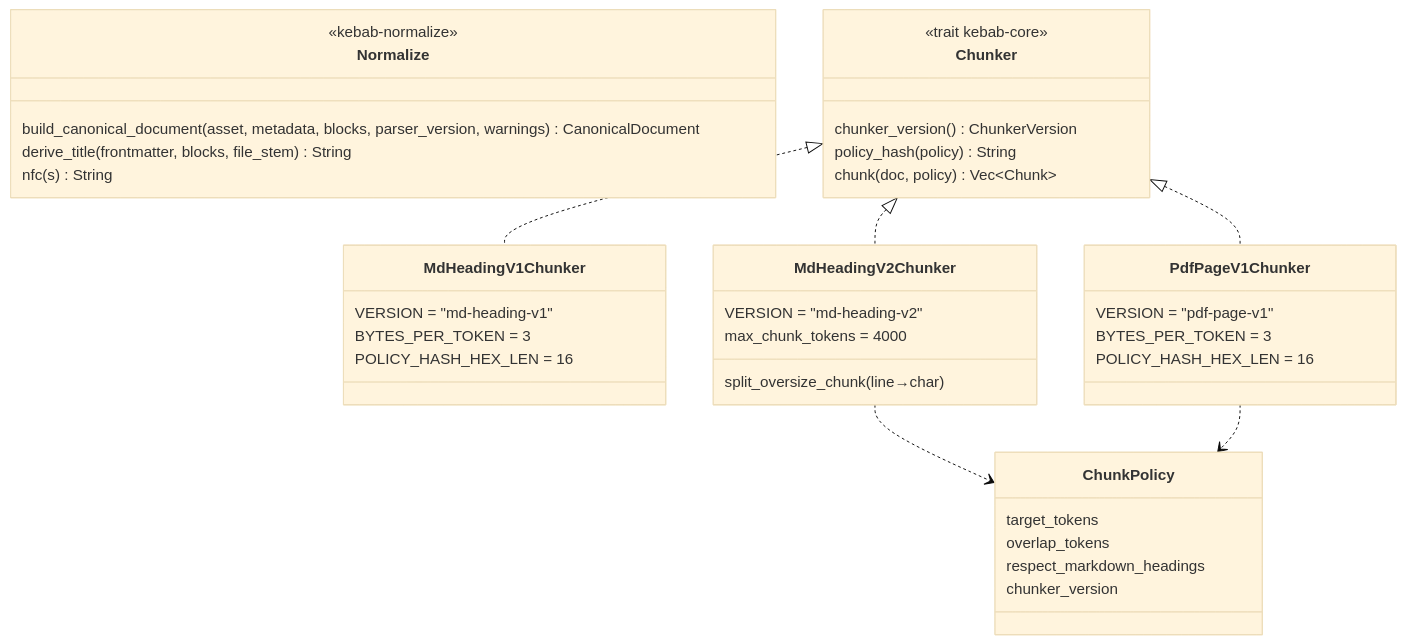
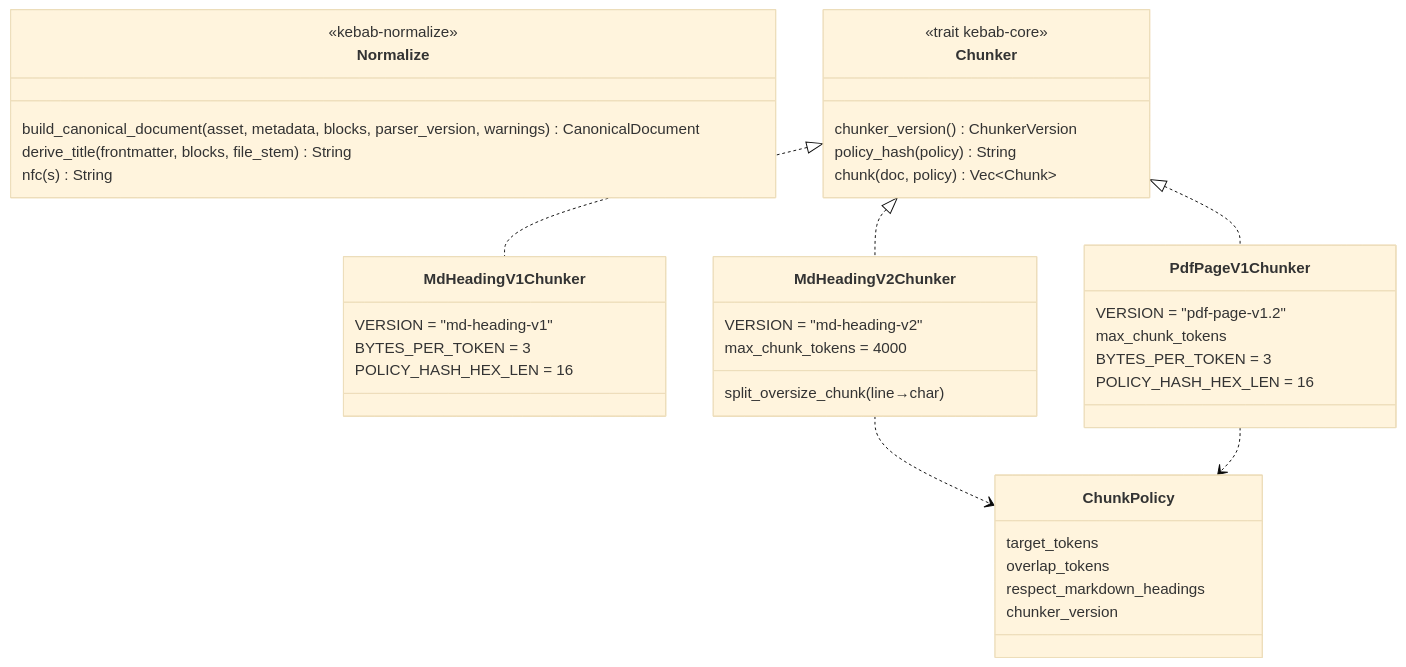
One commit to altair823/kebab changed the first of 2 diagrams in docs/components/normalize-chunk/README.md. Above: the diagram before and after it, drawn with Mermaid (base theme). The commit also changed other lines of this file and 9 other files, not shown here.

````diff
--- a/docs/components/normalize-chunk/README.md
+++ b/docs/components/normalize-chunk/README.md
@@ -14,41 +14,42 @@
 ```mermaid
 classDiagram
     class Normalize {
         <<kebab-normalize>>
         build_canonical_document(asset, metadata, blocks, parser_version, warnings) CanonicalDocument
         derive_title(frontmatter, blocks, file_stem) String
         nfc(s) String
     }
     class Chunker {
         <<trait kebab-core>>
         chunker_version() ChunkerVersion
         policy_hash(policy) String
         chunk(doc, policy) Vec~Chunk~
     }
     class MdHeadingV1Chunker {
         VERSION = "md-heading-v1"
         BYTES_PER_TOKEN = 3
         POLICY_HASH_HEX_LEN = 16
     }
     class MdHeadingV2Chunker {
         VERSION = "md-heading-v2"
         max_chunk_tokens = 4000
         split_oversize_chunk(line→char)
     }
     class PdfPageV1Chunker {
-        VERSION = "pdf-page-v1"
+        VERSION = "pdf-page-v1.2"
+        max_chunk_tokens
         BYTES_PER_TOKEN = 3
         POLICY_HASH_HEX_LEN = 16
     }
     class ChunkPolicy {
         target_tokens
         overlap_tokens
         respect_markdown_headings
         chunker_version
     }
     Chunker <|.. MdHeadingV1Chunker
     Chunker <|.. MdHeadingV2Chunker
     Chunker <|.. PdfPageV1Chunker
     MdHeadingV2Chunker ..> ChunkPolicy
     PdfPageV1Chunker ..> ChunkPolicy
 ```
````
